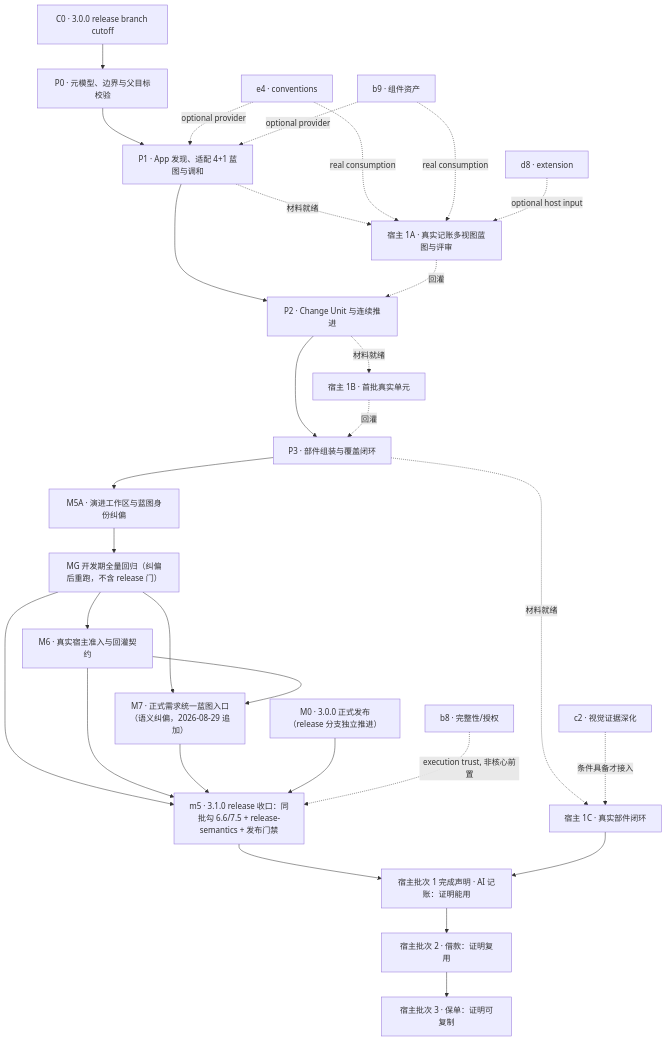
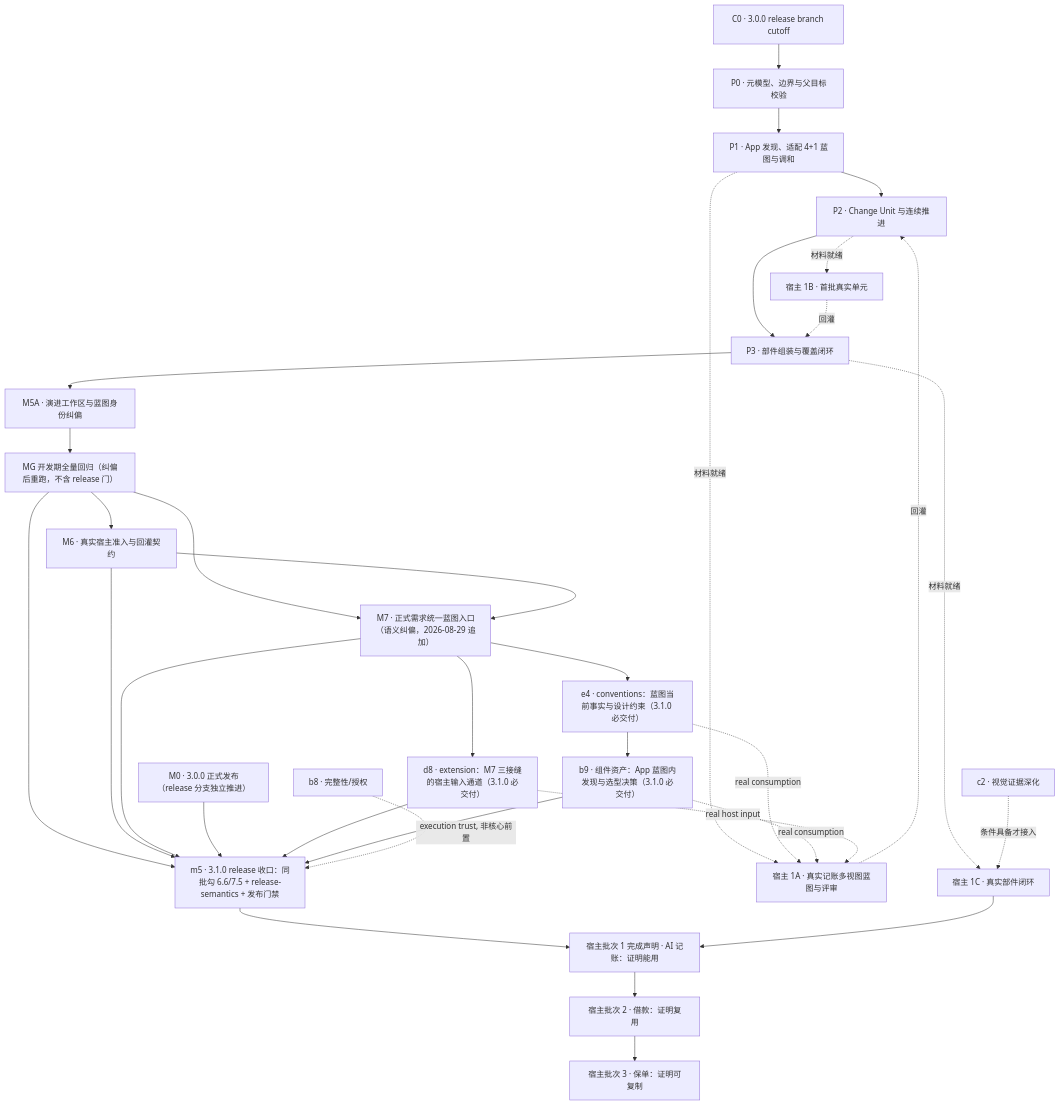
Before and after one commit to sqsqsq/agent-maison: the diagram in .cursor/plans/复杂能力建设3.1_单部件复杂需求闭环首期总计划_6f2a9d8c.plan.md, drawn with Mermaid. The commit also changed other lines of this file and 6 other files, not shown here.

````diff
--- a/.cursor/plans/复杂能力建设3.1_单部件复杂需求闭环首期总计划_6f2a9d8c.plan.md
+++ b/.cursor/plans/复杂能力建设3.1_单部件复杂需求闭环首期总计划_6f2a9d8c.plan.md
@@ -215,33 +226,36 @@
 ```mermaid
 flowchart TB
     C0["C0 · 3.0.0 release branch cutoff"] --> P0["P0 · 元模型、边界与父目标校验"]
     P0 --> P1["P1 · App 发现、适配 4+1 蓝图与调和"]
     P1 --> P2["P2 · Change Unit 与连续推进"]
     P2 --> P3["P3 · 部件组装与覆盖闭环"]
     P3 --> M5A["M5A · 演进工作区与蓝图身份纠偏"]
     M5A --> MGR["MG 开发期全量回归（纠偏后重跑，不含 release 门）"]
     MGR --> M6["M6 · 真实宿主准入与回灌契约"]
     MGR --> MG["m5 · 3.1.0 release 收口：同批勾 6.6/7.5 + release-semantics + 发布门禁"]
     M6 --> MG
     MGR --> M7["M7 · 正式需求统一蓝图入口（语义纠偏，2026-08-29 追加）"]
     M6 --> M7
     M7 --> MG
     R0["M0 · 3.0.0 正式发布（release 分支独立推进）"] --> MG
     MG --> H1["宿主批次 1 完成声明 · AI 记账：证明能用"]
     P1 -. 材料就绪 .-> H1A["宿主 1A · 真实记账多视图蓝图与评审"]
     P2 -. 材料就绪 .-> H1B["宿主 1B · 首批真实单元"]
     P3 -. 材料就绪 .-> H1C["宿主 1C · 真实部件闭环"]
     H1A -. 回灌 .-> P2
     H1B -. 回灌 .-> P3
     H1C --> H1
     H1 --> H2["宿主批次 2 · 借款：证明复用"]
     H2 --> H3["宿主批次 3 · 保单：证明可复制"]
 
-    E4["e4 · conventions"] -. optional provider .-> P1
-    B9["b9 · 组件资产"] -. optional provider .-> P1
+    M7 --> D8["d8 · extension：M7 三接缝的宿主输入通道（3.1.0 必交付）"]
+    M7 --> E4["e4 · conventions：蓝图当前事实与设计约束（3.1.0 必交付）"]
+    E4 --> B9["b9 · 组件资产：App 蓝图内发现与选型决策（3.1.0 必交付）"]
+    D8 --> MG
+    B9 --> MG
     E4 -. real consumption .-> H1A
     B9 -. real consumption .-> H1A
+    D8 -. real host input .-> H1A
     C2["c2 · 视觉证据深化"] -. 条件具备才接入 .-> H1C
     B8["b8 · 完整性/授权"] -. execution trust, 非核心前置 .-> MG
-    D8["d8 · extension"] -. optional host input .-> H1A
 ```
````
